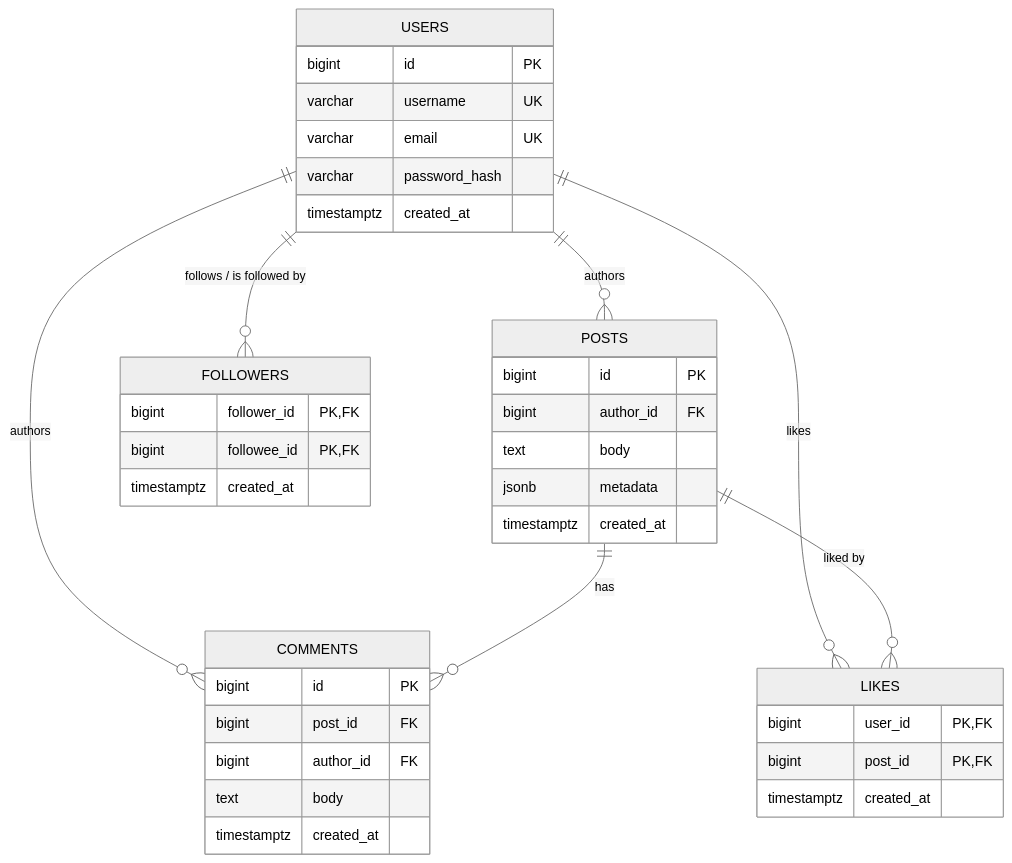
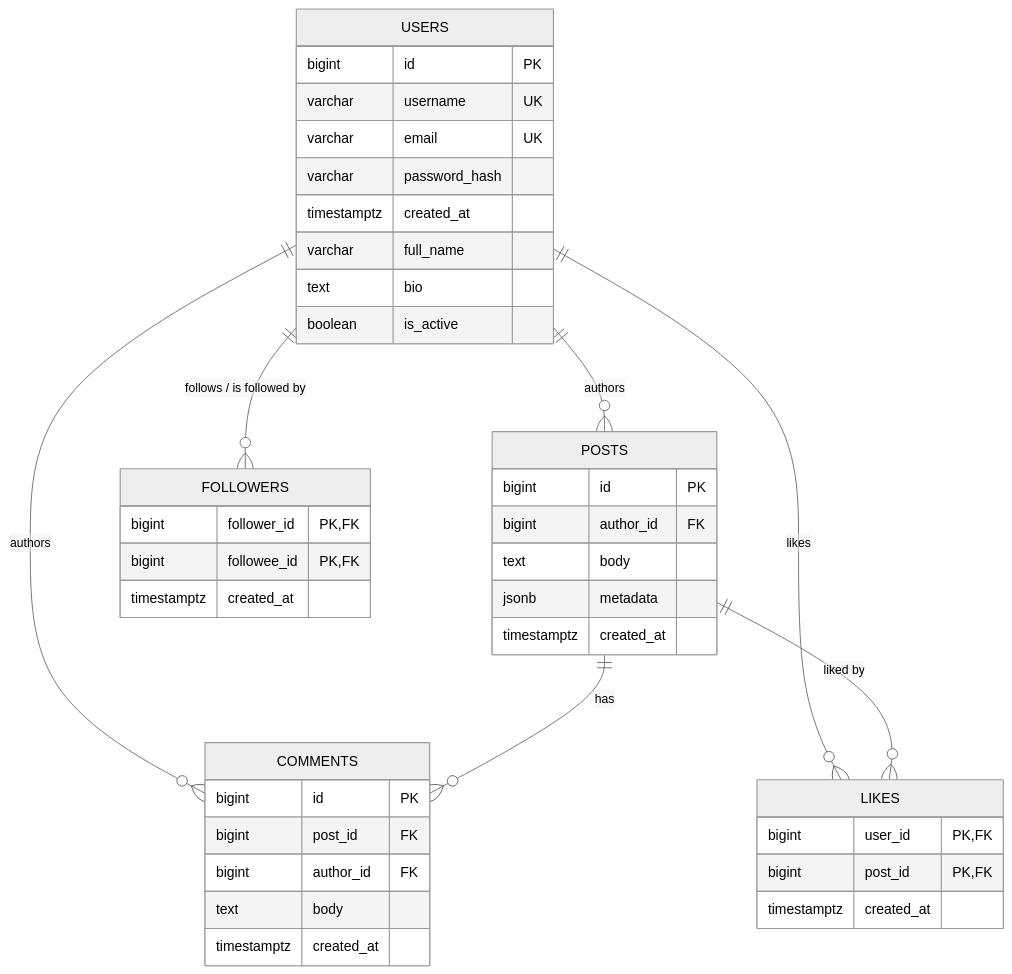
One commit to Ndaziramiyep/AmaliTech_Python_Backend_Labs changed the diagram in Database_Fundamentals/Social_Media_Lab/README.md. Above: the diagram before and after it, drawn with Mermaid (neutral theme). The commit also changed other lines of this file and 67 other files, not shown here.

````diff
--- a/Database_Fundamentals/Social_Media_Lab/README.md
+++ b/Database_Fundamentals/Social_Media_Lab/README.md
@@ -33,45 +38,48 @@
 ```mermaid
 erDiagram
-    USERS ||--o{ POSTS : authors
-    USERS ||--o{ COMMENTS : authors
-    POSTS ||--o{ COMMENTS : has
-    USERS ||--o{ FOLLOWERS : "follows / is followed by"
-    USERS ||--o{ LIKES : likes
-    POSTS ||--o{ LIKES : "liked by"
+    USERS ||--o{ POSTS      : authors
+    USERS ||--o{ COMMENTS   : authors
+    POSTS ||--o{ COMMENTS   : has
+    USERS ||--o{ FOLLOWERS  : "follows / is followed by"
+    USERS ||--o{ LIKES      : likes
+    POSTS ||--o{ LIKES      : "liked by"
 
     USERS {
-        bigint id PK
-        varchar username UK
-        varchar email UK
-        varchar password_hash
+        bigint      id             PK
+        varchar     username       UK
+        varchar     email          UK
+        varchar     password_hash
         timestamptz created_at
+        varchar     full_name
+        text        bio
+        boolean     is_active
     }
 
     POSTS {
-        bigint id PK
-        bigint author_id FK
-        text body
-        jsonb metadata
+        bigint      id           PK
+        bigint      author_id    FK
+        text        body
+        jsonb       metadata
         timestamptz created_at
     }
 
     COMMENTS {
-        bigint id PK
-        bigint post_id FK
-        bigint author_id FK
-        text body
+        bigint      id           PK
+        bigint      post_id      FK
+        bigint      author_id    FK
+        text        body
         timestamptz created_at
     }
 
     FOLLOWERS {
-        bigint follower_id PK,FK
-        bigint followee_id PK,FK
+        bigint      follower_id  PK,FK
+        bigint      followee_id  PK,FK
         timestamptz created_at
     }
 
     LIKES {
-        bigint user_id PK,FK
-        bigint post_id PK,FK
+        bigint      user_id      PK,FK
+        bigint      post_id      PK,FK
         timestamptz created_at
     }
 ```
````
